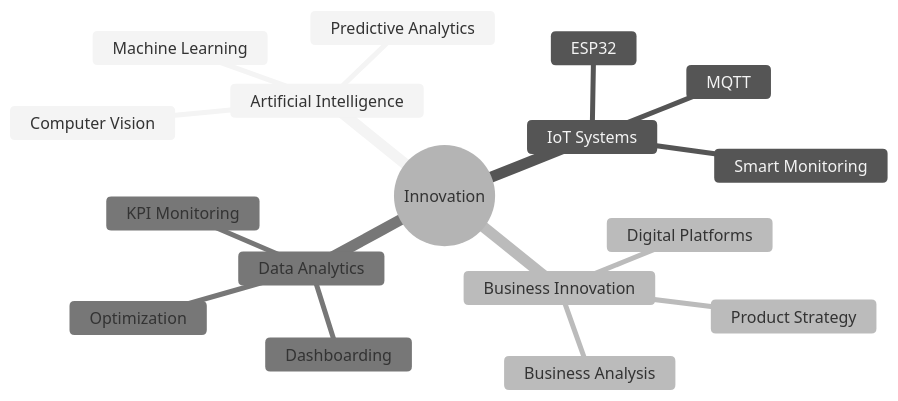
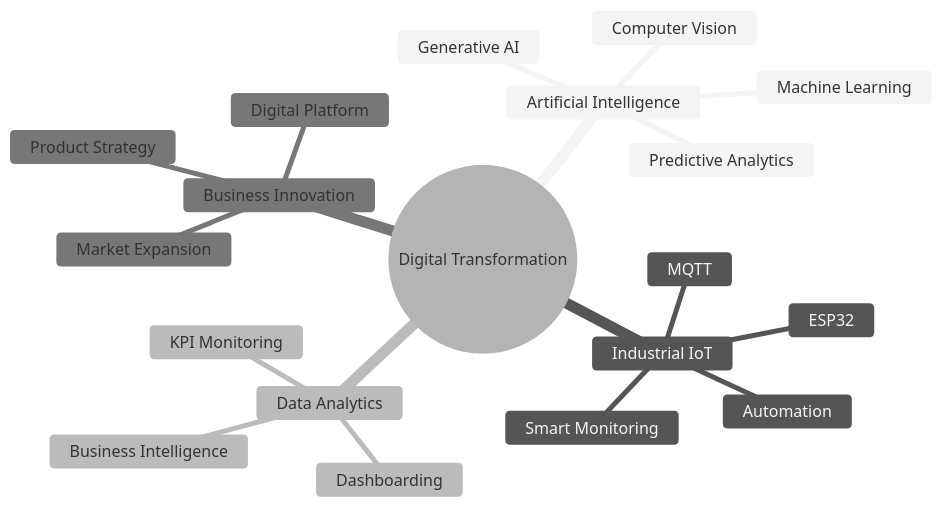
The diagram in README.md (afazhriel/afazhriel), drawn with Mermaid (neutral theme) before and after one commit. The commit also changed other lines of this file, not shown here.

````diff
--- a/README.md
+++ b/README.md
@@ -51,20 +80,22 @@
 ```mermaid
 mindmap
-  root((Innovation))
+  root((Digital Transformation))
     Artificial Intelligence
+      Machine Learning
       Computer Vision
       Predictive Analytics
-      Machine Learning
-    IoT Systems
+      Generative AI
+    Industrial IoT
       ESP32
       MQTT
       Smart Monitoring
+      Automation
+    Data Analytics
+      Dashboarding
+      Business Intelligence
+      KPI Monitoring
     Business Innovation
       Product Strategy
-      Business Analysis
-      Digital Platforms
-    Data Analytics
-      Dashboarding
-      KPI Monitoring
-      Optimization
+      Digital Platform
+      Market Expansion
 ```
````
